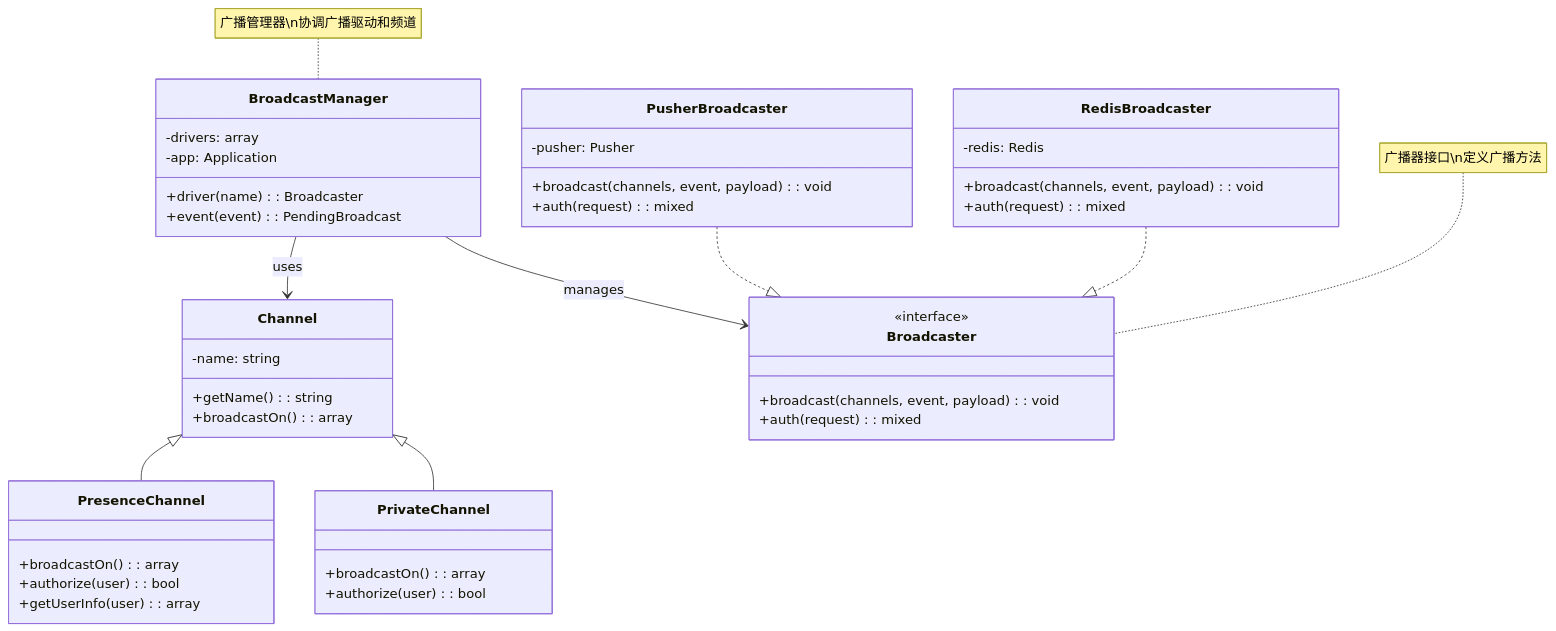
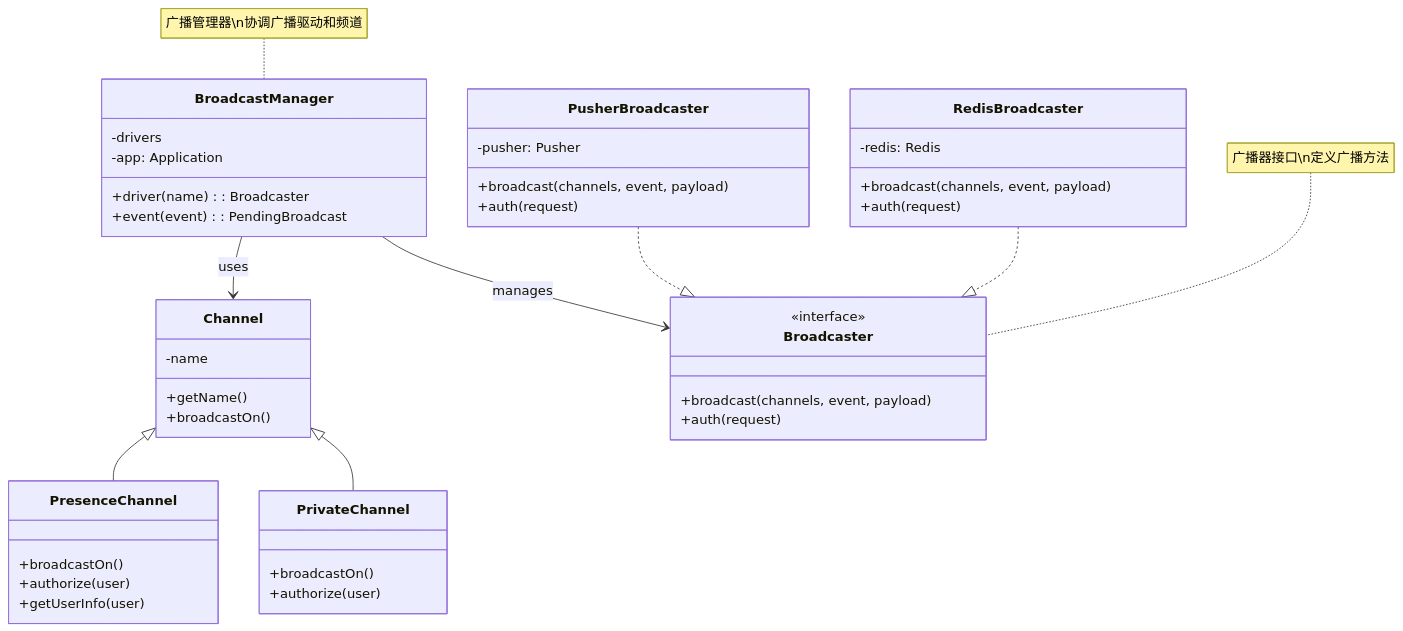
The fifth of 6 diagrams in resources/design-patterns/laravel/behavioral/mediator_zh.md (fanly/DesignPattern), drawn with Mermaid before and after one commit. The commit also changed other lines of this file and 103 other files, not shown here.

````diff
--- a/resources/design-patterns/laravel/behavioral/mediator_zh.md
+++ b/resources/design-patterns/laravel/behavioral/mediator_zh.md
@@ -179,54 +179,54 @@
 ```mermaid
 classDiagram
     class BroadcastManager {
-        -drivers: array
+        -drivers
         -app: Application
         +driver(name): Broadcaster
         +event(event): PendingBroadcast
     }
     
     class Broadcaster {
         <<interface>>
-        +broadcast(channels, event, payload): void
-        +auth(request): mixed
+        +broadcast(channels, event, payload)
+        +auth(request)
     }
     
     class PusherBroadcaster {
         -pusher: Pusher
-        +broadcast(channels, event, payload): void
-        +auth(request): mixed
+        +broadcast(channels, event, payload)
+        +auth(request)
     }
     
     class RedisBroadcaster {
         -redis: Redis
-        +broadcast(channels, event, payload): void
-        +auth(request): mixed
+        +broadcast(channels, event, payload)
+        +auth(request)
     }
     
     class Channel {
-        -name: string
-        +getName(): string
-        +broadcastOn(): array
+        -name
+        +getName()
+        +broadcastOn()
     }
     
     class PrivateChannel {
-        +broadcastOn(): array
-        +authorize(user): bool
+        +broadcastOn()
+        +authorize(user)
     }
     
     class PresenceChannel {
-        +broadcastOn(): array
-        +authorize(user): bool
-        +getUserInfo(user): array
+        +broadcastOn()
+        +authorize(user)
+        +getUserInfo(user)
     }
     
     BroadcastManager --> Broadcaster : manages
     PusherBroadcaster ..|> Broadcaster
     RedisBroadcaster ..|> Broadcaster
     BroadcastManager --> Channel : uses
     Channel <|-- PrivateChannel
     Channel <|-- PresenceChannel
     
     note for BroadcastManager "广播管理器\n协调广播驱动和频道"
     note for Broadcaster "广播器接口\n定义广播方法"
 ```
````
